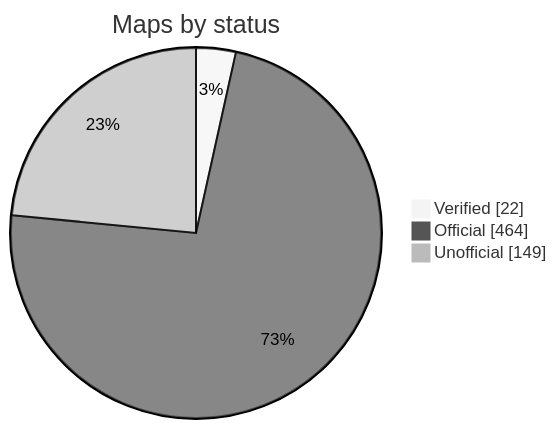
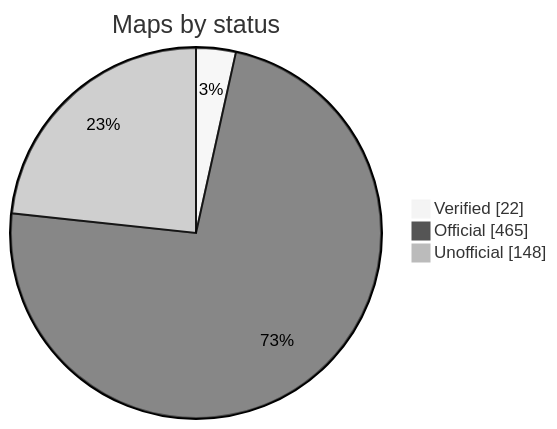
One commit to nobrega8/mbmap-library changed the diagram in README.md. Above: the diagram before and after it, drawn with Mermaid (neutral theme). The commit also changed 6 other files, not shown here.

````diff
--- a/README.md
+++ b/README.md
@@ -52,7 +52,7 @@
 ```mermaid
 pie showData
     title Maps by status
     "Verified" : 22
-    "Official" : 464
-    "Unofficial" : 149
+    "Official" : 465
+    "Unofficial" : 148
 ```
````
